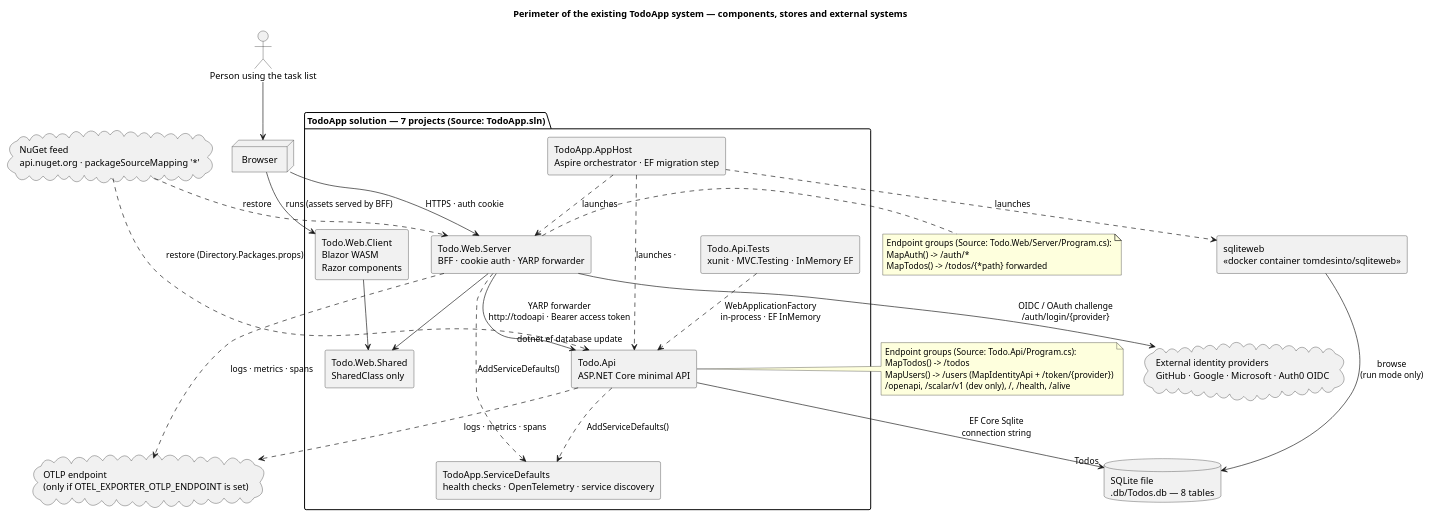
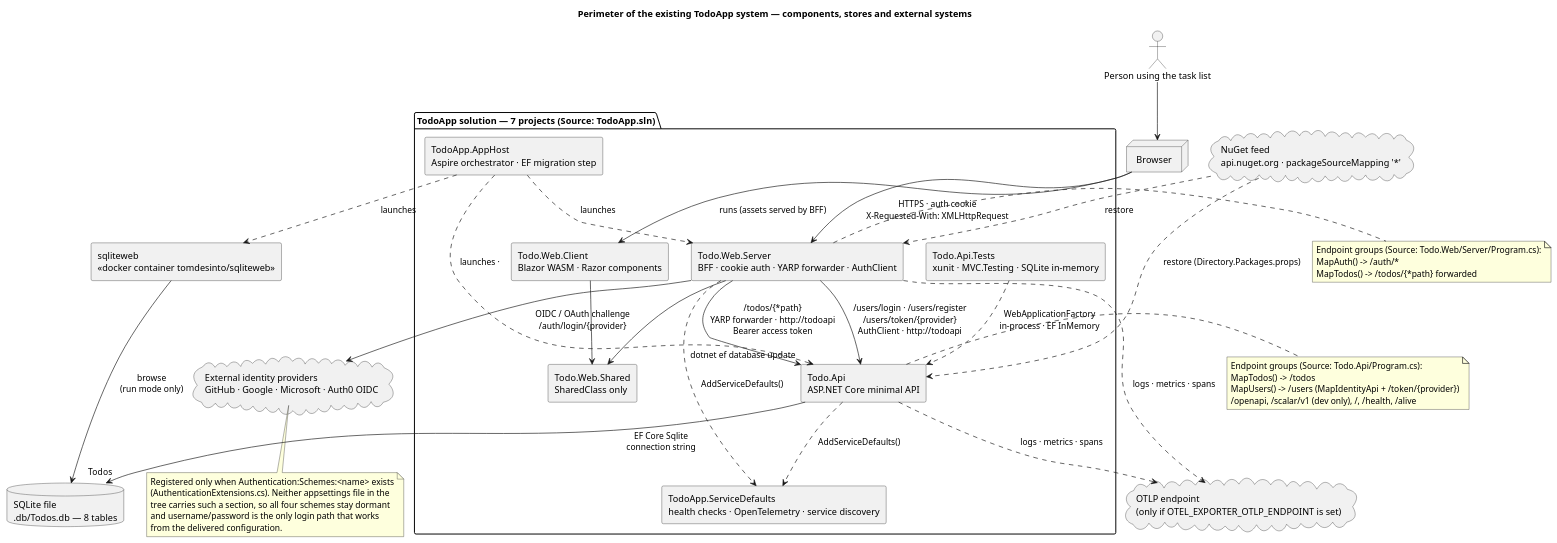
The first of 3 diagrams in docs/artifacts/discovery/system-inventory.md (banense-test/TodoApp), drawn with PlantUML before and after one commit. The commit also changed other lines of this file, not shown here.

````diff
--- a/docs/artifacts/discovery/system-inventory.md
+++ b/docs/artifacts/discovery/system-inventory.md
@@ -11,58 +10,66 @@
 ```plantuml
 @startuml
 title Perimeter of the existing TodoApp system — components, stores and external systems
 skinparam componentStyle rectangle
 skinparam shadowing false
 
 actor "Person using the task list" as USER
 
 package "TodoApp solution — 7 projects (Source: TodoApp.sln)" {
-  component "Todo.Web.Client\nBlazor WASM\nRazor components" as WASM
+  component "Todo.Web.Client\nBlazor WASM · Razor components" as WASM
   component "Todo.Web.Shared\nSharedClass only" as SHARED
-  component "Todo.Web.Server\nBFF · cookie auth · YARP forwarder" as BFF
+  component "Todo.Web.Server\nBFF · cookie auth · YARP forwarder · AuthClient" as BFF
   component "Todo.Api\nASP.NET Core minimal API" as API
   component "TodoApp.ServiceDefaults\nhealth checks · OpenTelemetry · service discovery" as SD
   component "TodoApp.AppHost\nAspire orchestrator · EF migration step" as APPHOST
-  component "Todo.Api.Tests\nxunit · MVC.Testing · InMemory EF" as TESTS
+  component "Todo.Api.Tests\nxunit · MVC.Testing · SQLite in-memory" as TESTS
 }
 
 node "Browser" as BROWSER
 database "SQLite file\n.db/Todos.db — 8 tables" as DB
 component "sqliteweb\n<<docker container tomdesinto/sqliteweb>>" as SQLWEB
 cloud "External identity providers\nGitHub · Google · Microsoft · Auth0 OIDC" as EXT
 cloud "OTLP endpoint\n(only if OTEL_EXPORTER_OTLP_ENDPOINT is set)" as OTLP
 cloud "NuGet feed\napi.nuget.org · packageSourceMapping '*'" as NUGET
 
 USER --> BROWSER
 BROWSER --> WASM : runs (assets served by BFF)
-BROWSER --> BFF : HTTPS · auth cookie
-BFF --> API : YARP forwarder\nhttp://todoapi · Bearer access token
+BROWSER --> BFF : HTTPS · auth cookie\nX-Requested-With: XMLHttpRequest
+BFF --> API : /todos/{*path}\nYARP forwarder · http://todoapi\nBearer access token
+BFF --> API : /users/login · /users/register\n/users/token/{provider}\nAuthClient · http://todoapi
 BFF --> EXT : OIDC / OAuth challenge\n/auth/login/{provider}
 API --> DB : EF Core Sqlite\nconnection string "Todos"
 SQLWEB --> DB : browse\n(run mode only)
 APPHOST ..> API : launches · "dotnet ef database update"
 APPHOST ..> BFF : launches
 APPHOST ..> SQLWEB : launches
 API ..> SD : AddServiceDefaults()
 BFF ..> SD : AddServiceDefaults()
 TESTS ..> API : WebApplicationFactory\nin-process · EF InMemory
 API ..> OTLP : logs · metrics · spans
 BFF ..> OTLP : logs · metrics · spans
 NUGET ..> API : restore (Directory.Packages.props)
 NUGET ..> BFF : restore
 WASM --> SHARED
 BFF --> SHARED
 
 note right of API
   Endpoint groups (Source: Todo.Api/Program.cs):
   MapTodos() -> /todos
   MapUsers() -> /users (MapIdentityApi + /token/{provider})
   /openapi, /scalar/v1 (dev only), /, /health, /alive
 end note
 note right of BFF
   Endpoint groups (Source: Todo.Web/Server/Program.cs):
   MapAuth() -> /auth/*
   MapTodos() -> /todos/{*path} forwarded
 end note
+note bottom of EXT
+  Registered only when Authentication:Schemes:<name> exists
+  (AuthenticationExtensions.cs). Neither appsettings file in the
+  tree carries such a section, so all four schemes stay dormant
+  and username/password is the only login path that works
+  from the delivered configuration.
+end note
 @enduml
 ```
````
